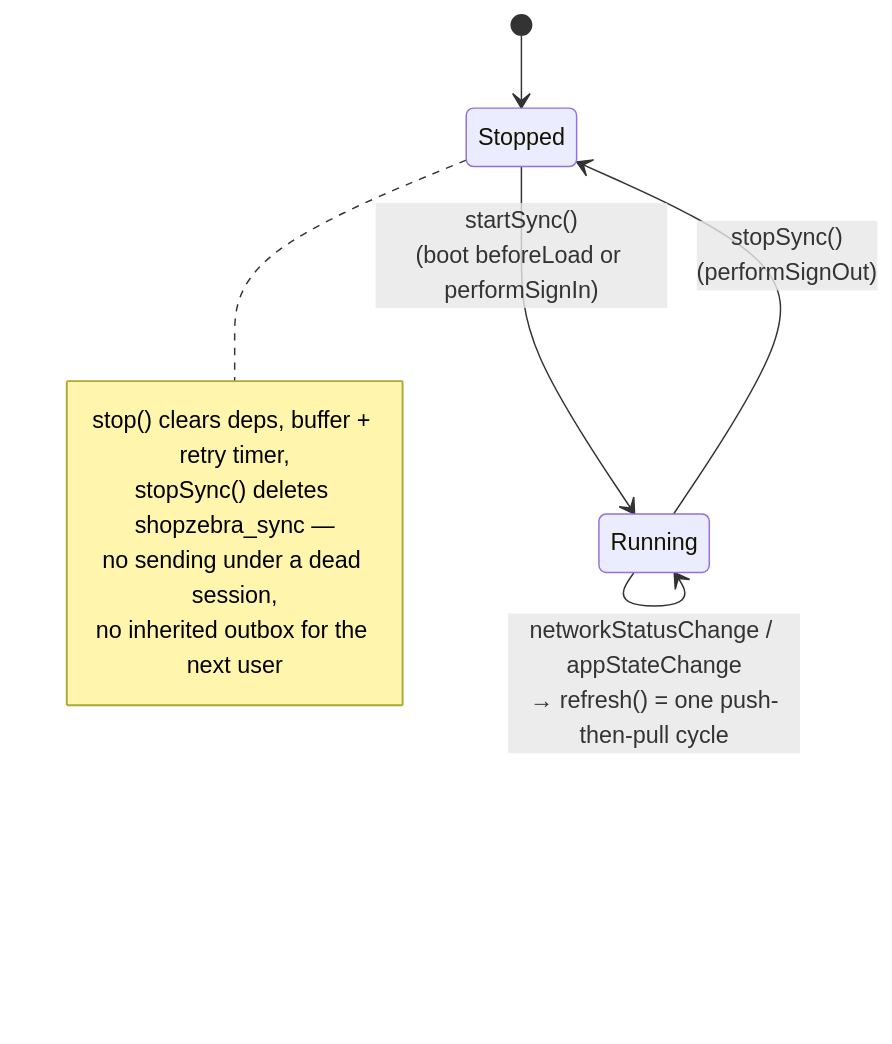
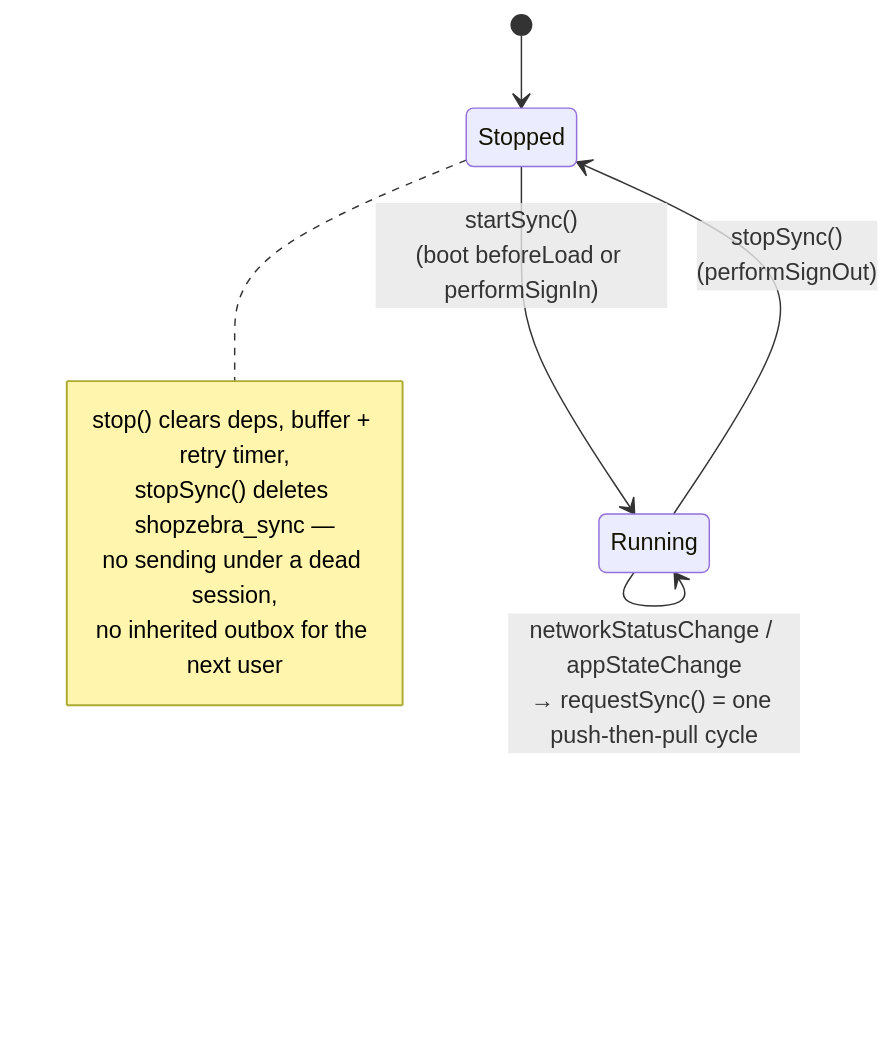
One commit to chrba/shopzebra changed the fifth of 5 diagrams in apps/mobile/src/app/sync/README.md. Above: the diagram before and after it, drawn with Mermaid. The commit also changed other lines of this file and 12 other files, not shown here.

First line of the commit message:
docs(sync): one declaration per event answers whether and where

````diff
--- a/apps/mobile/src/app/sync/README.md
+++ b/apps/mobile/src/app/sync/README.md
@@ -205,13 +201,13 @@
 ```mermaid
 stateDiagram-v2
     [*] --> Stopped
     Stopped --> Running: startSync()<br/>(boot beforeLoad or performSignIn)
-    Running --> Running: networkStatusChange / appStateChange<br/>→ refresh() = one push-then-pull cycle
+    Running --> Running: networkStatusChange / appStateChange<br/>→ requestSync() = one push-then-pull cycle
     Running --> Stopped: stopSync()<br/>(performSignOut)
     note right of Stopped
         stop() clears deps, buffer + retry timer,
         stopSync() deletes shopzebra_sync —
         no sending under a dead session,
         no inherited outbox for the next user
     end note
 ```
````
